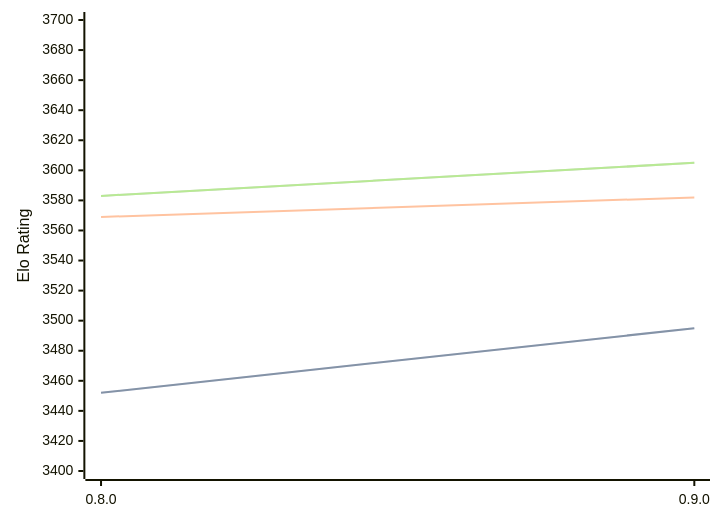
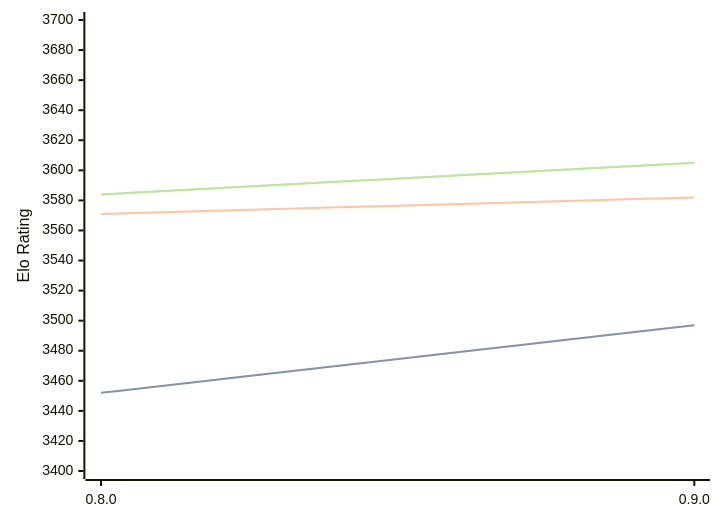
One commit to computer-chess-index/cci changed the diagram in engines/Reckless.md. Above: the diagram before and after it, drawn with Mermaid. The commit also changed other lines of this file, not shown here.

Commit message:
Update CCI Ratings (ELO VLTC) - 2026-09-26

````diff
--- a/engines/Reckless.md
+++ b/engines/Reckless.md
@@ -32,11 +32,11 @@
 ```mermaid
 %%{init: {"theme":"base","themeVariables":{"seriesColors:['#a3a3a3','#222221','#faa371']}}}%%
 xychart-beta
   x-axis ["0.8.0", "0.9.0"]
   y-axis "Elo Rating" 3400 --> 3700
-  line "" [3452, 3495]
-  line "STC (8.0+0.08s)" [3452, 3495]
-  line "LTC (60.0+0.60s)" [3569, 3582]
-  line "" [3583, 3605]
-  line "VLTC (2m24s+1.12s)" [3583, 3605]
+  line "" [3452, 3497]
+  line "STC (8.0+0.08s)" [3452, 3497]
+  line "LTC (60.0+0.60s)" [3571, 3582]
+  line "" [3584, 3605]
+  line "VLTC (2m24s+1.12s)" [3584, 3605]
 ```
````
